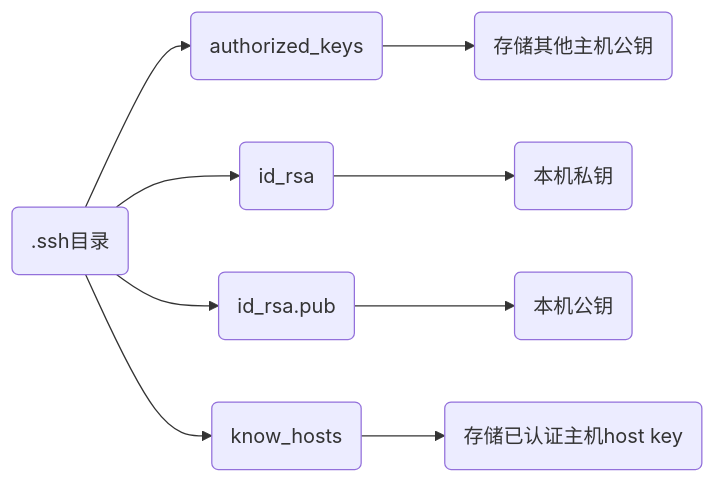
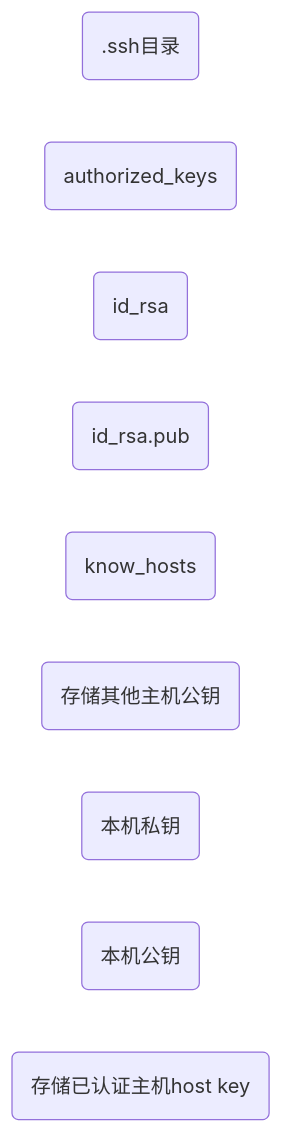
The diagram in OS/Linux/SSH/2021-03-14-SSH配置.md (dmjcb/SelfBlog), drawn with Mermaid before and after one commit. The commit also changed other lines of this file and 224 other files, not shown here.

````diff
--- a/OS/Linux/SSH/2021-03-14-SSH配置.md
+++ b/OS/Linux/SSH/2021-03-14-SSH配置.md
@@ -57,25 +57,17 @@
 ```mermaid
 graph LR;
     s(.ssh目录)
 
     s1(authorized_keys)
     s2(id_rsa)
     s3(id_rsa.pub)
     s4(know_hosts)
 
     s11(存储其他主机公钥)
     s21(本机私钥)
     s31(本机公钥)
     s41(存储已认证主机host key)
 
-    s-->s1
-    s-->s2
-    s-->s3
-    s-->s4
 
-    s1-->s11
-    s2-->s21
-    s3-->s31
-    s4-->s41
 
 ```
````
